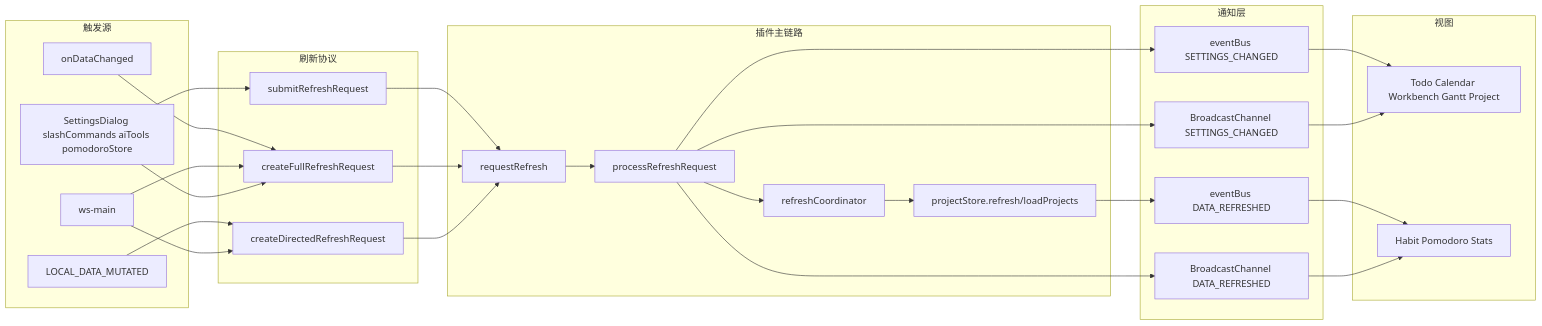
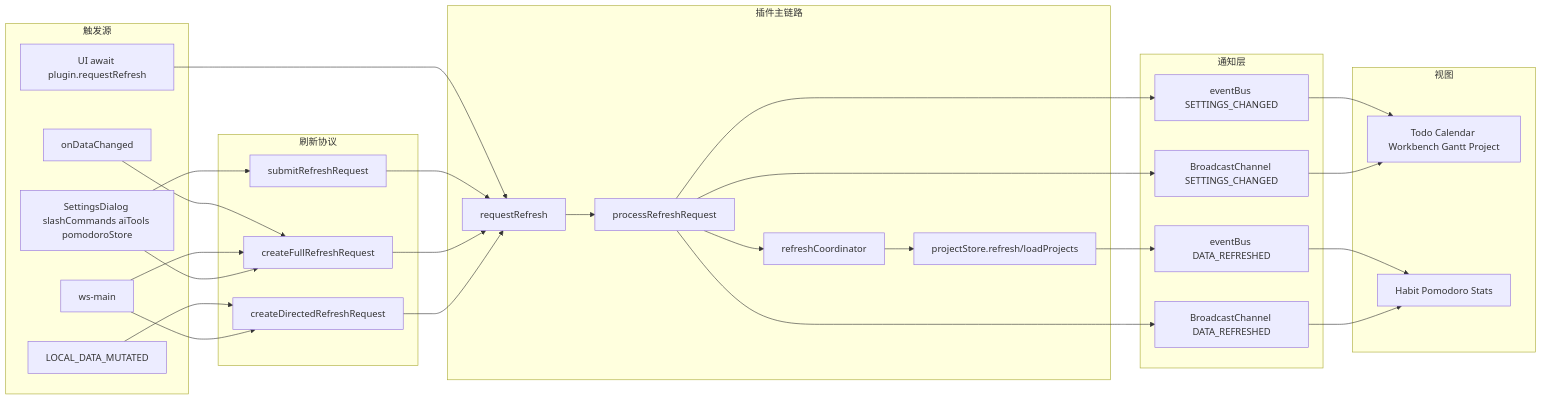
Before and after one commit to MoonBottle/siyuan-plugin-bullet-journal: the second of 2 diagrams in docs/data-sync-flow.md, drawn with Mermaid. The commit also changed other lines of this file and 101 other files, not shown here.

````diff
--- a/docs/data-sync-flow.md
+++ b/docs/data-sync-flow.md
@@ -455,53 +491,55 @@
 ```mermaid
 flowchart LR
     subgraph Triggers[触发源]
+      A0[UI await plugin.requestRefresh]
       A1[onDataChanged]
       A2[LOCAL_DATA_MUTATED]
       A3[ws-main]
       A4[SettingsDialog slashCommands aiTools pomodoroStore]
     end
 
     subgraph Requests[刷新协议]
       B1[createFullRefreshRequest]
       B2[createDirectedRefreshRequest]
       B3[submitRefreshRequest]
     end
 
     subgraph Plugin[插件主链路]
       C1[requestRefresh]
       C2[processRefreshRequest]
       C3[refreshCoordinator]
       C4[projectStore.refresh/loadProjects]
     end
 
     subgraph Notify[通知层]
       D1[eventBus SETTINGS_CHANGED]
       D2[eventBus DATA_REFRESHED]
       D3[BroadcastChannel SETTINGS_CHANGED]
       D4[BroadcastChannel DATA_REFRESHED]
     end
 
     subgraph Views[视图]
       E1[Todo Calendar Workbench Gantt Project]
       E2[Habit Pomodoro Stats]
     end
 
+    A0 --> C1
     A1 --> B1
     A2 --> B2
     A3 --> B1
     A3 --> B2
     A4 --> B1
     A4 --> B3
     B3 --> C1
     B1 --> C1
     B2 --> C1
     C1 --> C2 --> C3 --> C4
     C4 --> D2
     C2 --> D1
     C2 --> D3
     C2 --> D4
     D1 --> E1
     D2 --> E2
     D3 --> E1
     D4 --> E2
 ```
````
